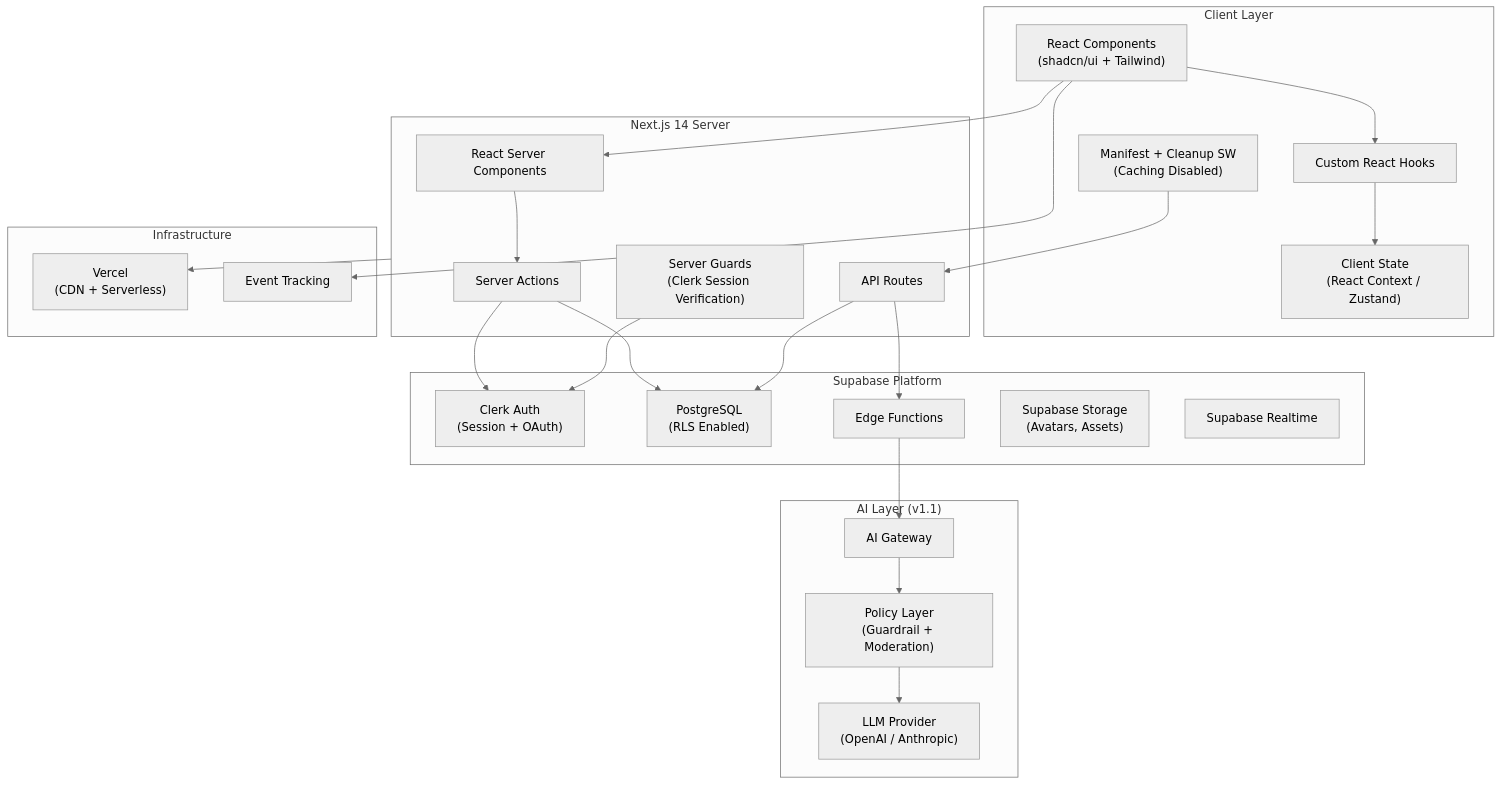
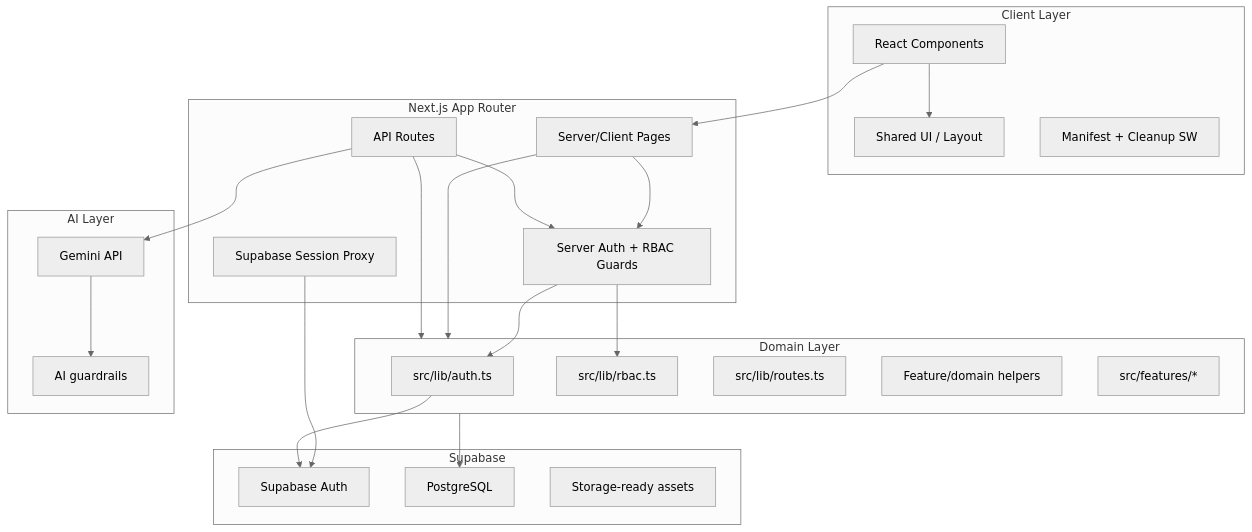
Before and after one commit to arsyamil/LevelUp-Deen-: the diagram in level-up-deen/docs/Architecture.md, drawn with Mermaid (neutral theme). The commit also changed other lines of this file and 116 other files, not shown here.

````diff
--- a/level-up-deen/docs/Architecture.md
+++ b/level-up-deen/docs/Architecture.md
@@ -13,51 +18,48 @@
 ```mermaid
 graph TB
     subgraph Client["Client Layer"]
-        UI["React Components<br/>(shadcn/ui + Tailwind)"]
-        Hooks["Custom React Hooks"]
-        Store["Client State<br/>(React Context / Zustand)"]
-        SW["Manifest + Cleanup SW<br/>(Caching Disabled)"]
+        UI["React Components"]
+        SharedUI["Shared UI / Layout"]
+        PWA["Manifest + Cleanup SW"]
     end
 
-    subgraph NextJS["Next.js 14 Server"]
-        RSC["React Server Components"]
-        SA["Server Actions"]
+    subgraph Next["Next.js App Router"]
+        Pages["Server/Client Pages"]
         API["API Routes"]
-        Guard["Server Guards<br/>(Clerk Session Verification)"]
+        Proxy["Supabase Session Proxy"]
+        Guards["Server Auth + RBAC Guards"]
     end
 
-    subgraph Supabase["Supabase Platform"]
-        Auth["Clerk Auth<br/>(Session + OAuth)"]
-        DB["PostgreSQL<br/>(RLS Enabled)"]
-        EF["Edge Functions"]
-        Storage["Supabase Storage<br/>(Avatars, Assets)"]
-        RT["Supabase Realtime"]
+    subgraph Domain["Domain Layer"]
+        Auth["src/lib/auth.ts"]
+        RBAC["src/lib/rbac.ts"]
+        Routes["src/lib/routes.ts"]
+        Business["Feature/domain helpers"]
+        Guardrails["src/features/*"]
     end
 
-    subgraph AI["AI Layer (v1.1)"]
-        GW["AI Gateway"]
-        Policy["Policy Layer<br/>(Guardrail + Moderation)"]
-        LLM["LLM Provider<br/>(OpenAI / Anthropic)"]
+    subgraph Supabase["Supabase"]
+        SupabaseAuth["Supabase Auth"]
+        DB["PostgreSQL"]
+        Storage["Storage-ready assets"]
     end
 
-    subgraph Infra["Infrastructure"]
-        Vercel["Vercel<br/>(CDN + Serverless)"]
-        Analytics["Event Tracking"]
+    subgraph AI["AI Layer"]
+        Gemini["Gemini API"]
+        Policy["AI guardrails"]
     end
 
-    UI --> Hooks
-    Hooks --> Store
-    UI --> RSC
-    RSC --> SA
-    SA --> DB
-    SA --> Auth
-    API --> DB
-    API --> EF
-    Guard --> Auth
-    SW --> API
-    EF --> GW
-    GW --> Policy
-    Policy --> LLM
-    NextJS --> Vercel
-    UI --> Analytics
+    UI --> SharedUI
+    UI --> Pages
+    Pages --> Guards
+    Pages --> Domain
+    API --> Guards
+    API --> Domain
+    Proxy --> SupabaseAuth
+    Guards --> Auth
+    Guards --> RBAC
+    Auth --> SupabaseAuth
+    Domain --> DB
+    API --> Gemini
+    Gemini --> Policy
 ```
````
